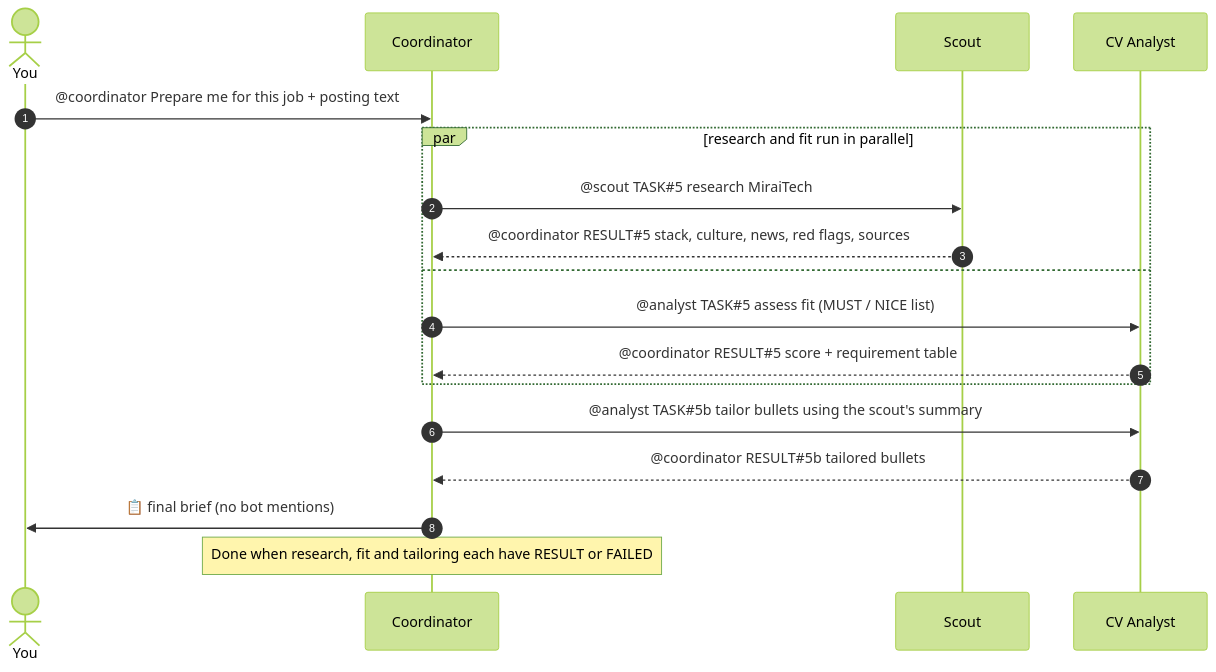
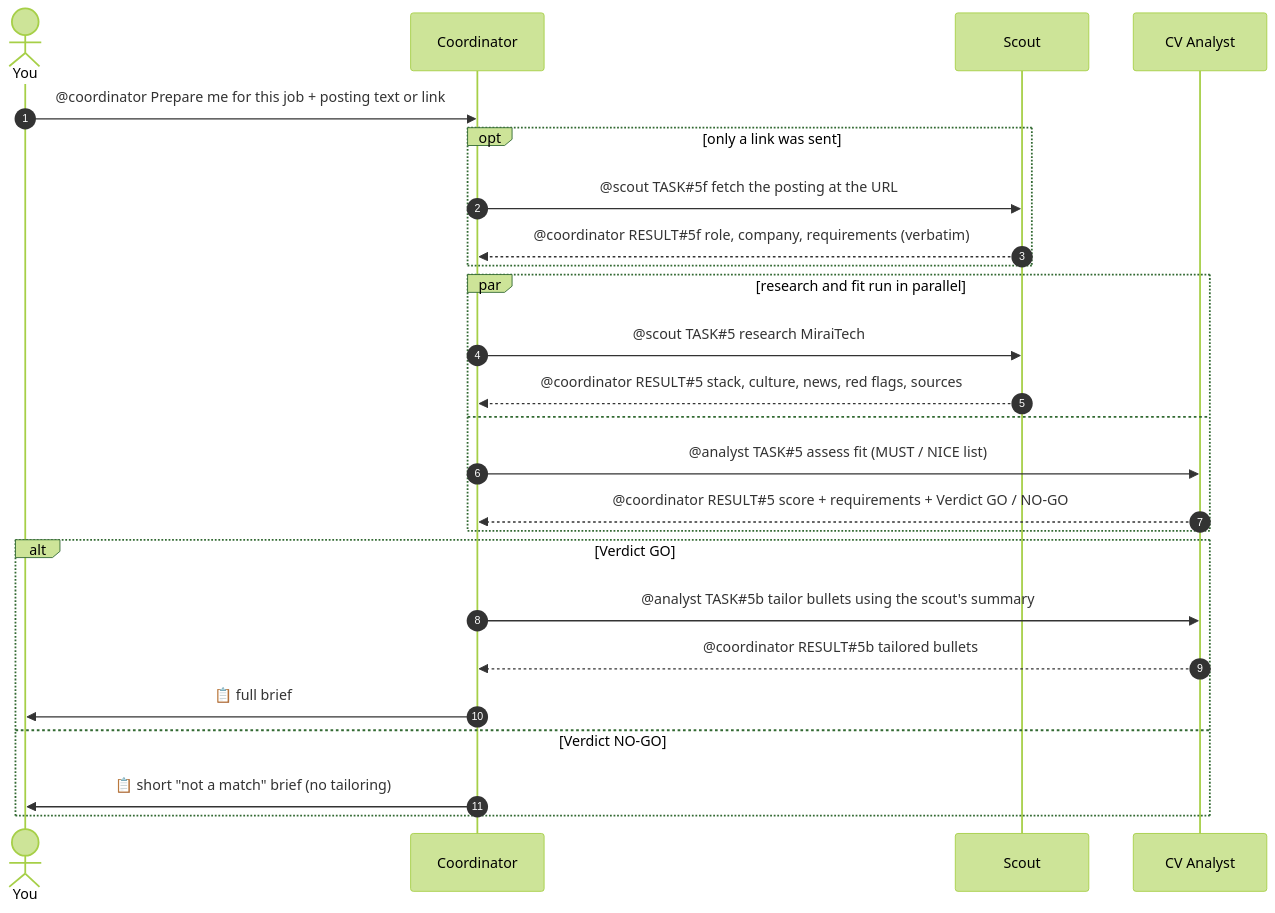
Before and after one commit to shoplikov/hermes-telegram-hiring-agents: the second of 3 diagrams in README.md, drawn with Mermaid (forest theme). The commit also changed other lines of this file and 12 other files, not shown here.

First line of the commit message:
feat: fit gate, job links, bot usernames in one file

````diff
--- a/README.md
+++ b/README.md
@@ -52,21 +52,28 @@
 ```mermaid
 sequenceDiagram
     autonumber
     actor U as You
     participant C as Coordinator
     participant S as Scout
     participant A as CV Analyst
 
-    U->>C: @coordinator Prepare me for this job + posting text
+    U->>C: @coordinator Prepare me for this job + posting text or link
+    opt only a link was sent
+        C->>S: @scout TASK#35;5f fetch the posting at the URL
+        S-->>C: @coordinator RESULT#35;5f role, company, requirements (verbatim)
+    end
     par research and fit run in parallel
         C->>S: @scout TASK#35;5 research MiraiTech
         S-->>C: @coordinator RESULT#35;5 stack, culture, news, red flags, sources
     and
         C->>A: @analyst TASK#35;5 assess fit (MUST / NICE list)
-        A-->>C: @coordinator RESULT#35;5 score + requirement table
+        A-->>C: @coordinator RESULT#35;5 score + requirements + Verdict GO / NO-GO
     end
-    C->>A: @analyst TASK#35;5b tailor bullets using the scout's summary
-    A-->>C: @coordinator RESULT#35;5b tailored bullets
-    C->>U: 📋 final brief (no bot mentions)
-    Note over C: Done when research, fit and tailoring each have RESULT or FAILED
+    alt Verdict GO
+        C->>A: @analyst TASK#35;5b tailor bullets using the scout's summary
+        A-->>C: @coordinator RESULT#35;5b tailored bullets
+        C->>U: 📋 full brief
+    else Verdict NO-GO
+        C->>U: 📋 short "not a match" brief (no tailoring)
+    end
 ```
````
